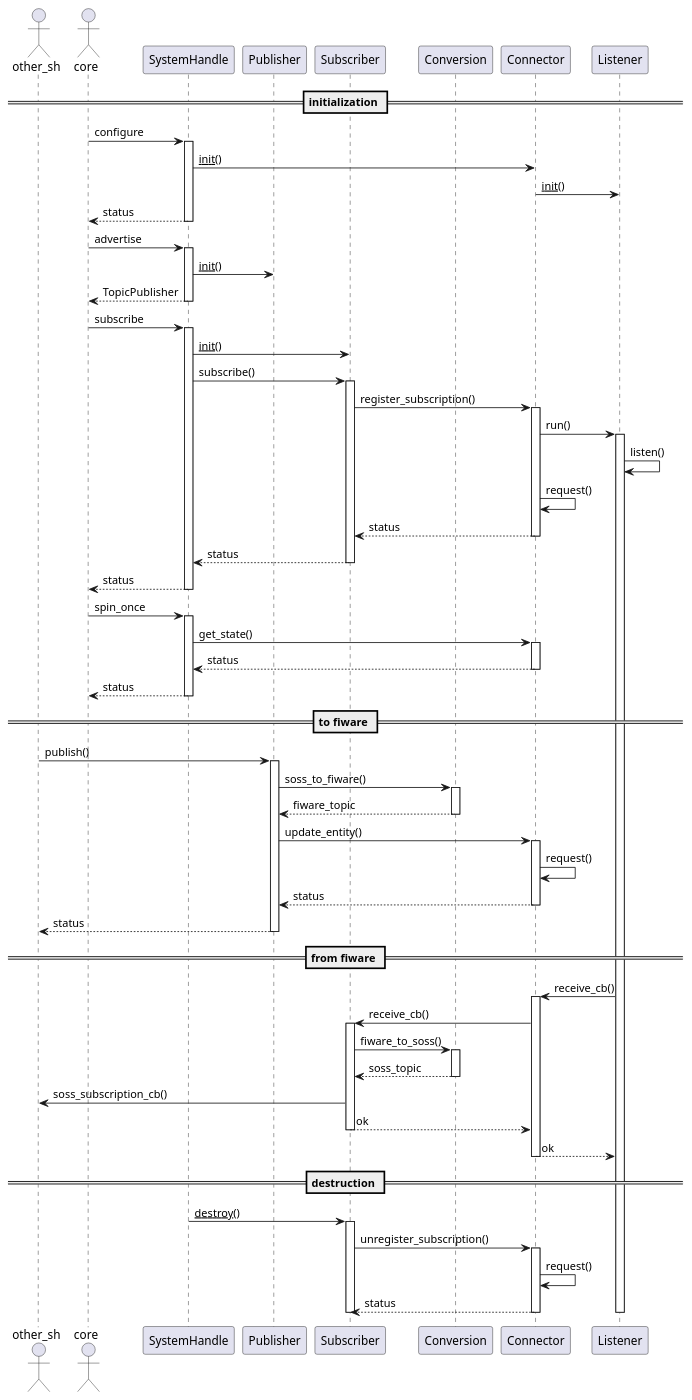
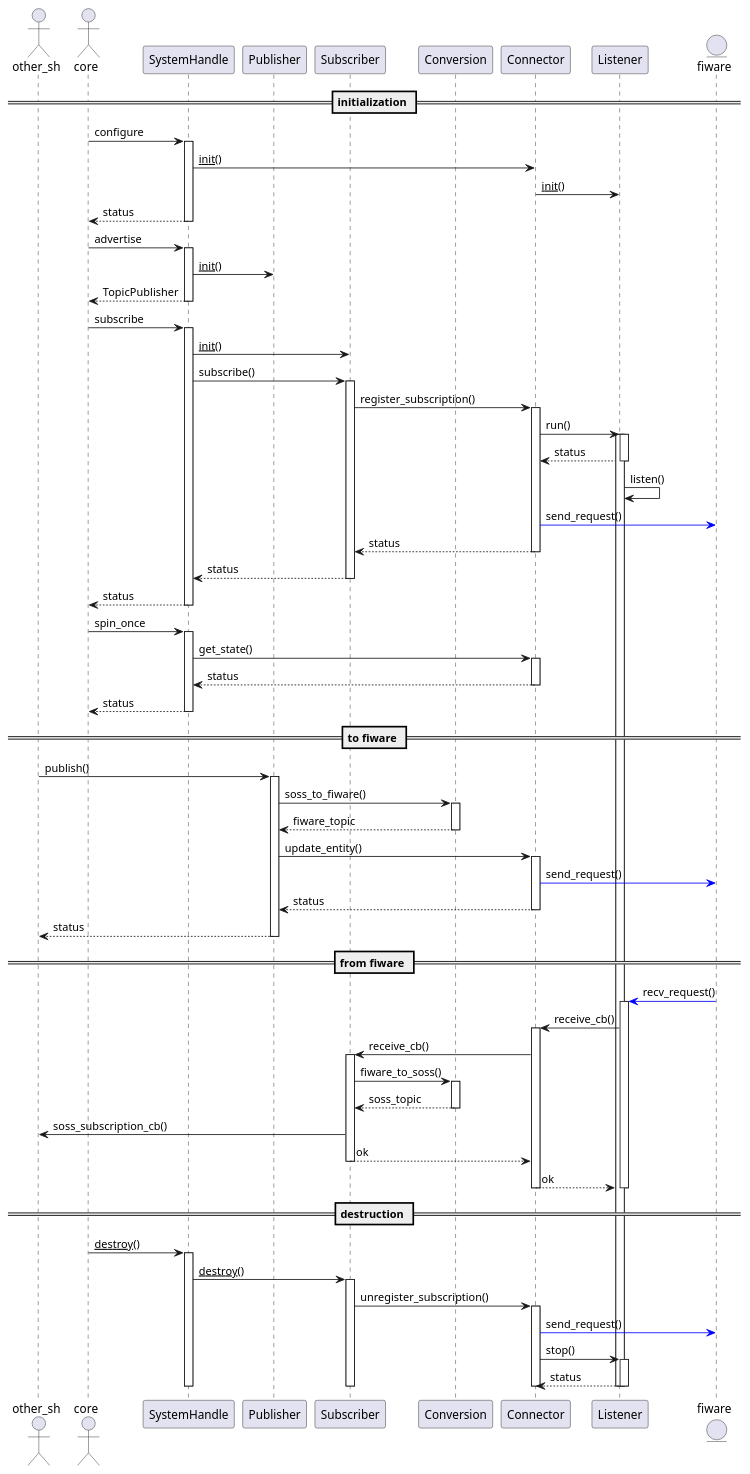
One commit to eProsima/FIWARE-SH changed the diagram in fiware/doc/diagrams-design/sequence.puml. Above: the diagram before and after it, drawn with PlantUML.

Commit message:
Updated sequence diagram.

```diff
--- a/fiware/doc/diagrams-design/sequence.puml
+++ b/fiware/doc/diagrams-design/sequence.puml
@@ -1,93 +1,106 @@
 @startuml
 actor other_sh
 actor core
 participant SystemHandle
 participant Publisher
 participant Subscriber
 participant Conversion
 participant Connector
 participant Listener
+entity fiware
 
 == initialization ==
 core -> SystemHandle: configure
 activate SystemHandle
 SystemHandle -> Connector: __init__()
 Connector -> Listener: __init__()
 core <-- SystemHandle: status
 deactivate SystemHandle
 
 core -> SystemHandle: advertise
 activate SystemHandle
 SystemHandle -> Publisher: __init__()
 core <-- SystemHandle: TopicPublisher
 deactivate SystemHandle
 
 core -> SystemHandle: subscribe
 activate SystemHandle
 SystemHandle -> Subscriber: __init__()
 SystemHandle -> Subscriber: subscribe()
 activate Subscriber
 Subscriber -> Connector: register_subscription()
 activate Connector
 Connector -> Listener: run()
 activate Listener
+activate Listener
+Connector <-- Listener: status
+deactivate Listener
 Listener -> Listener: listen()
-Connector -> Connector: request()
+Connector -[#0000FF]> fiware: send_request()
 Subscriber <-- Connector: status
 deactivate Connector
 SystemHandle <-- Subscriber: status
 deactivate Subscriber
 core <-- SystemHandle: status
 deactivate SystemHandle
 
 core -> SystemHandle: spin_once
 activate SystemHandle
 SystemHandle -> Connector: get_state()
 activate Connector
 SystemHandle <-- Connector: status
 deactivate Connector
 core <-- SystemHandle: status
 deactivate SystemHandle
 
 == to fiware ==
 other_sh -> Publisher: publish()
 activate Publisher
 Publisher -> Conversion: soss_to_fiware()
 activate Conversion
 Publisher <-- Conversion: fiware_topic
 deactivate Conversion
 Publisher -> Connector: update_entity()
 activate Connector
-Connector -> Connector: request()
+Connector -[#0000FF]> fiware: send_request()
 Publisher <-- Connector: status
 deactivate Connector
 other_sh <-- Publisher: status
 deactivate Publisher
 
 == from fiware ==
+fiware -[#0000FF]> Listener: recv_request()
+activate Listener
 Listener -> Connector: receive_cb()
 activate Connector
 Connector -> Subscriber: receive_cb()
 activate Subscriber
 Subscriber -> Conversion: fiware_to_soss()
 activate Conversion
 Subscriber <-- Conversion: soss_topic
 deactivate Conversion
 Subscriber -> other_sh: soss_subscription_cb()
 Connector <-- Subscriber: ok
 deactivate Subscriber
 Listener <-- Connector: ok
 deactivate Connector
+deactivate Listener
 
 == destruction ==
+core -> SystemHandle: __destroy__()
+activate SystemHandle
 SystemHandle -> Subscriber: __destroy__()
 activate Subscriber
 Subscriber -> Connector: unregister_subscription()
 activate Connector
-Connector -> Connector: request()
-Subscriber <-- Connector: status
+Connector -[#0000FF]> fiware: send_request()
+Connector -> Listener: stop()
+activate Listener
+Connector <-- Listener: status
+deactivate Listener
+deactivate Listener
 deactivate Connector
 deactivate Subscriber
-deactivate Listener
+deactivate SystemHandle
 
 @enduml
```
